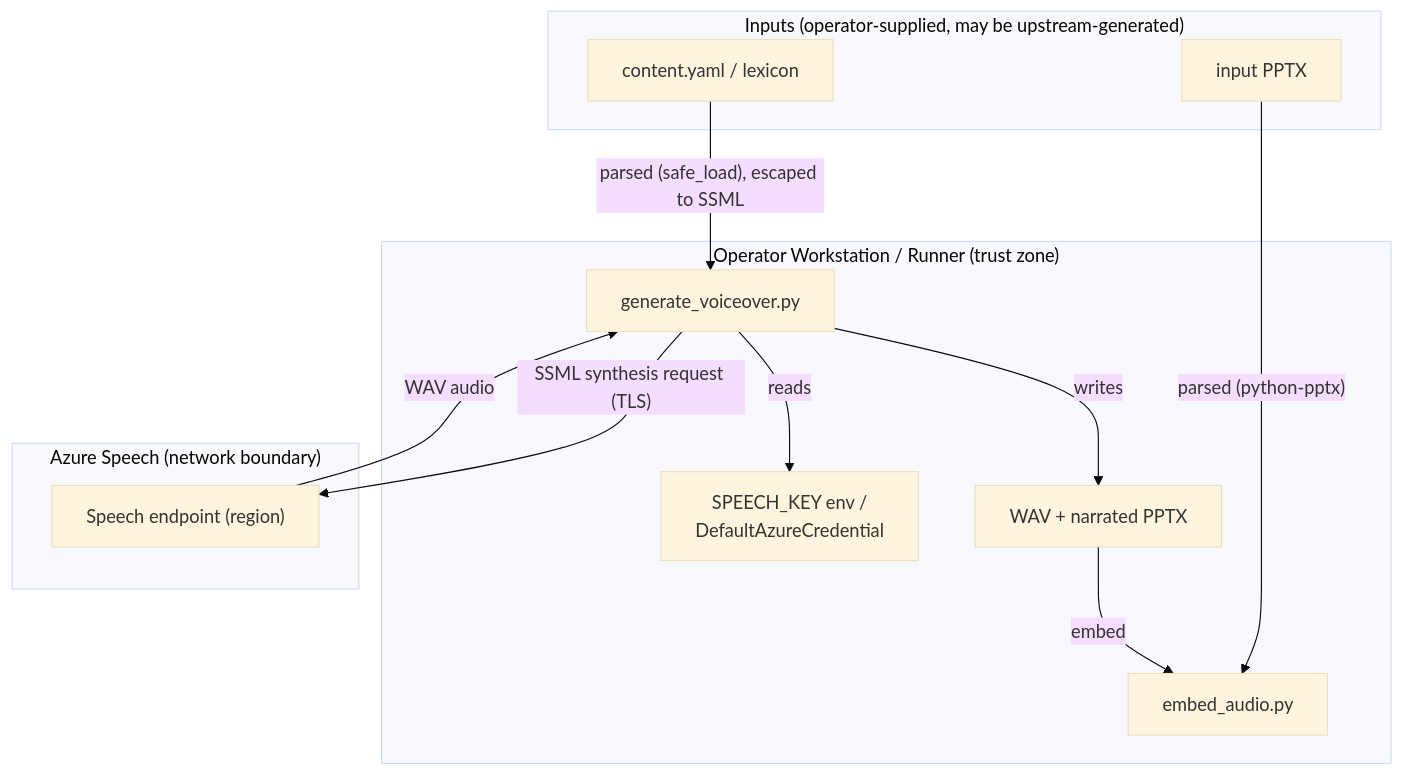
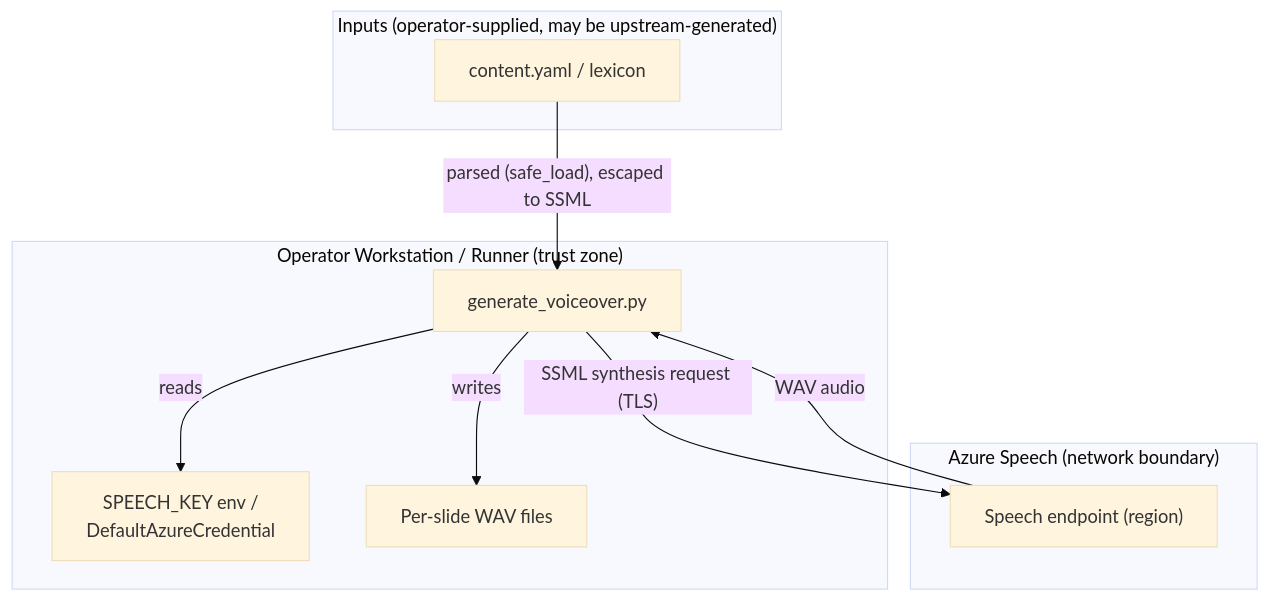
The diagram in .github/skills/experimental/tts-voiceover/SECURITY.md (microsoft/hve-core), drawn with Mermaid (base theme) before and after one commit. The commit also changed other lines of this file and 36 other files, not shown here.

````diff
--- a/.github/skills/experimental/tts-voiceover/SECURITY.md
+++ b/.github/skills/experimental/tts-voiceover/SECURITY.md
@@ -61,23 +61,19 @@
 ```mermaid
 flowchart TD
     subgraph HOST["Operator Workstation / Runner (trust zone)"]
         GEN["generate_voiceover.py"]
-        EMB["embed_audio.py"]
         CRED["SPEECH_KEY env /<br/>DefaultAzureCredential"]
-        OUTW["WAV + narrated PPTX"]
+        OUTW["Per-slide WAV files"]
     end
     subgraph INPUT["Inputs (operator-supplied, may be upstream-generated)"]
         YAML["content.yaml / lexicon"]
-        PPTX["input PPTX"]
     end
     subgraph AZURE["Azure Speech (network boundary)"]
         SPEECH["Speech endpoint (region)"]
     end
     YAML -->|"parsed (safe_load), escaped to SSML"| GEN
     GEN -->|"reads"| CRED
     GEN -->|"SSML synthesis request (TLS)"| SPEECH
     SPEECH -->|"WAV audio"| GEN
     GEN -->|"writes"| OUTW
-    PPTX -->|"parsed (python-pptx)"| EMB
-    OUTW -->|"embed"| EMB
 ```
````
